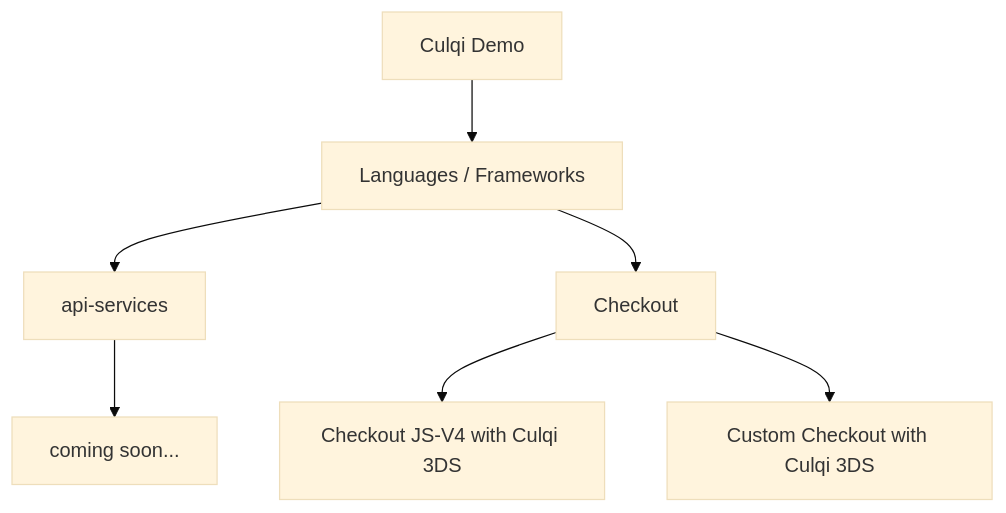
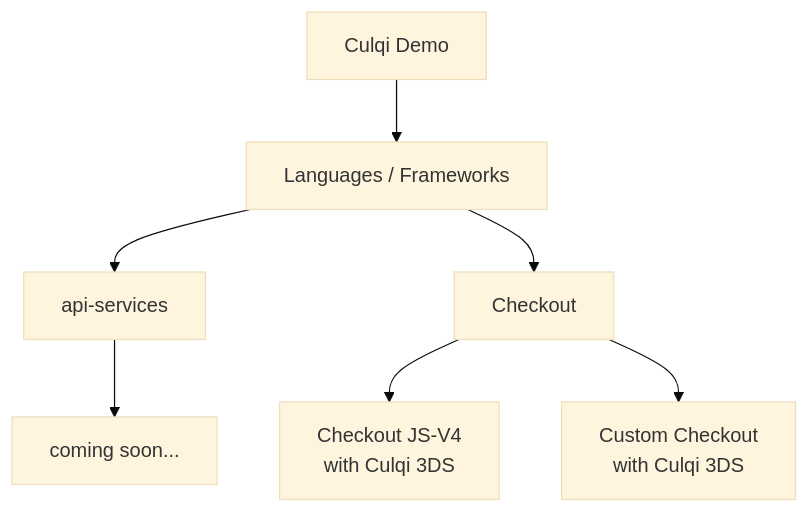
One commit to culqi/culqi-demos changed the diagram in README.md. Above: the diagram before and after it, drawn with Mermaid (base theme).

````diff
--- a/README.md
+++ b/README.md
@@ -10,25 +10,25 @@
 ```mermaid
 flowchart TD
 
   api[api-services]
   checkout[Checkout]
-  js-v4[Checkout JS-V4 with Culqi 3DS]
-  custom[Custom Checkout with Culqi 3DS]
+  js-v4[Checkout JS-V4 \n with Culqi 3DS]
+  custom[Custom Checkout \n with Culqi 3DS]
   soon[coming soon...]
   %% charge[Cargos]
   %% order[Ordenes]
   %% customer[Clientes]
 
   Frameworks[Languages / Frameworks]
     Frameworks --> api
     Frameworks --> checkout
     checkout --> js-v4
     checkout --> custom
     api --> soon
     %% api --> charge
     %% api --> order
     %% api --> customer
 
   start[Culqi Demo]
   start --> Frameworks
 ```
````
